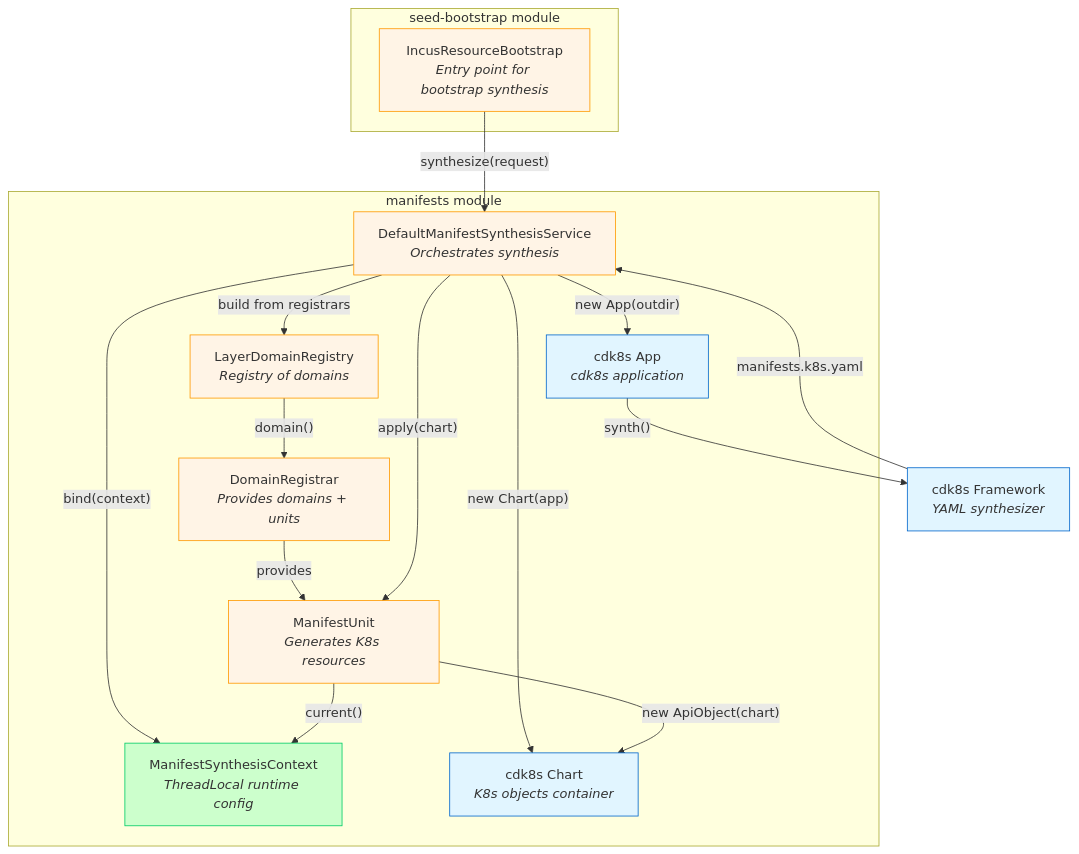
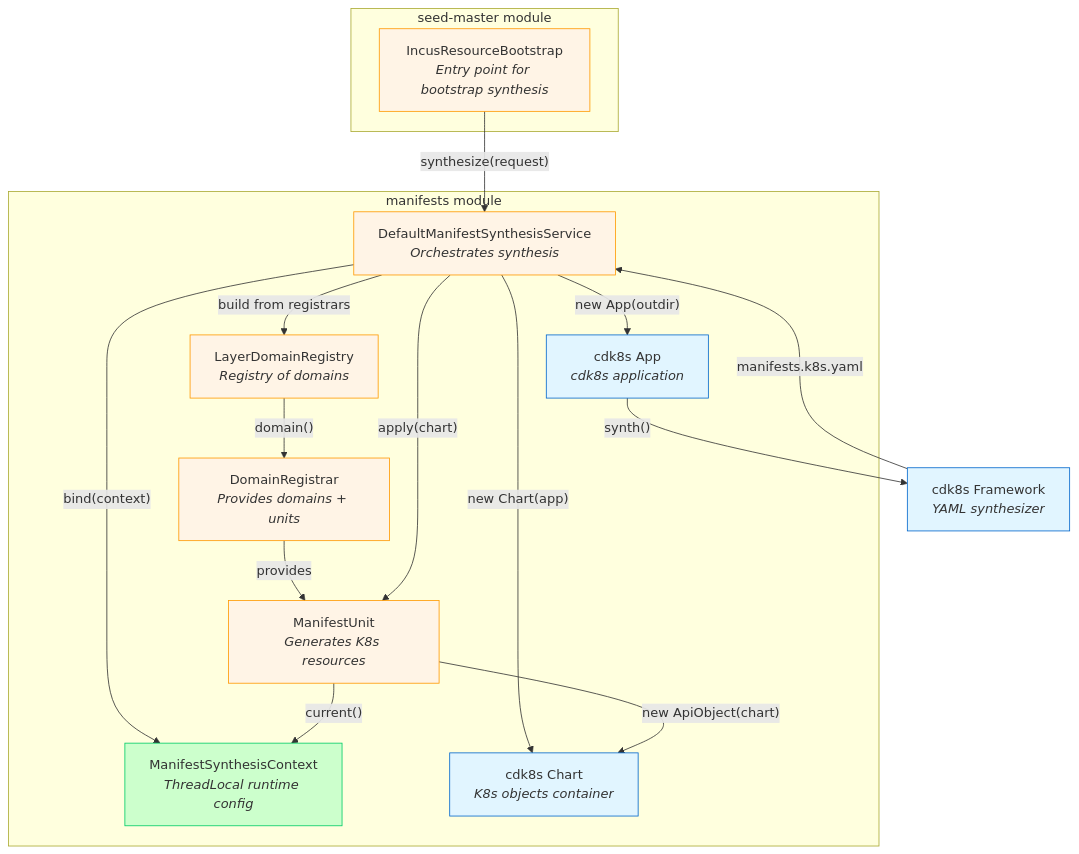
The first of 2 diagrams in docs/manifest-synthesis-architecture.adoc (nxmatic/rke2lab), drawn with Mermaid before and after one commit. The commit also changed other lines of this file and 93 other files, not shown here.

First line of the commit message:
refactor(modules): rename seed-bootstrap to seed-master

```diff
--- a/docs/manifest-synthesis-architecture.adoc
+++ b/docs/manifest-synthesis-architecture.adoc
@@ -32,42 +32,42 @@
 [mermaid]
 ----
 graph TB
-    subgraph SeedBootstrap["seed-bootstrap module"]
+    subgraph SeedBootstrap["seed-master module"]
         Bootstrap["IncusResourceBootstrap<br/><i>Entry point for bootstrap synthesis</i>"]
     end
 
     subgraph ManifestsModule["manifests module"]
         Service["DefaultManifestSynthesisService<br/><i>Orchestrates synthesis</i>"]
         Context["ManifestSynthesisContext<br/><i>ThreadLocal runtime config</i>"]
         Registry["LayerDomainRegistry<br/><i>Registry of domains</i>"]
         Registrar["DomainRegistrar<br/><i>Provides domains + units</i>"]
         Unit["ManifestUnit<br/><i>Generates K8s resources</i>"]
         App["cdk8s App<br/><i>cdk8s application</i>"]
         Chart["cdk8s Chart<br/><i>K8s objects container</i>"]
     end
 
     CDK8S["cdk8s Framework<br/><i>YAML synthesizer</i>"]
 
     Bootstrap -->|"synthesize(request)"| Service
     Service -->|"bind(context)"| Context
     Service -->|"new App(outdir)"| App
     Service -->|"new Chart(app)"| Chart
     Service -->|"build from registrars"| Registry
     Registry -->|"domain()"| Registrar
     Registrar -->|"provides"| Unit
     Service -->|"apply(chart)"| Unit
     Unit -->|"current()"| Context
     Unit -->|"new ApiObject(chart)"| Chart
     App -->|"synth()"| CDK8S
     CDK8S -->|"manifests.k8s.yaml"| Service
 
     style CDK8S fill:#e1f5ff,stroke:#0066cc
     style Bootstrap fill:#fff4e6,stroke:#ff9900
     style Service fill:#fff4e6,stroke:#ff9900
     style Context fill:#ccffcc,stroke:#00cc66
     style Registry fill:#fff4e6,stroke:#ff9900
     style Registrar fill:#fff4e6,stroke:#ff9900
     style Unit fill:#fff4e6,stroke:#ff9900
     style App fill:#e1f5ff,stroke:#0066cc
     style Chart fill:#e1f5ff,stroke:#0066cc
 ----
```
